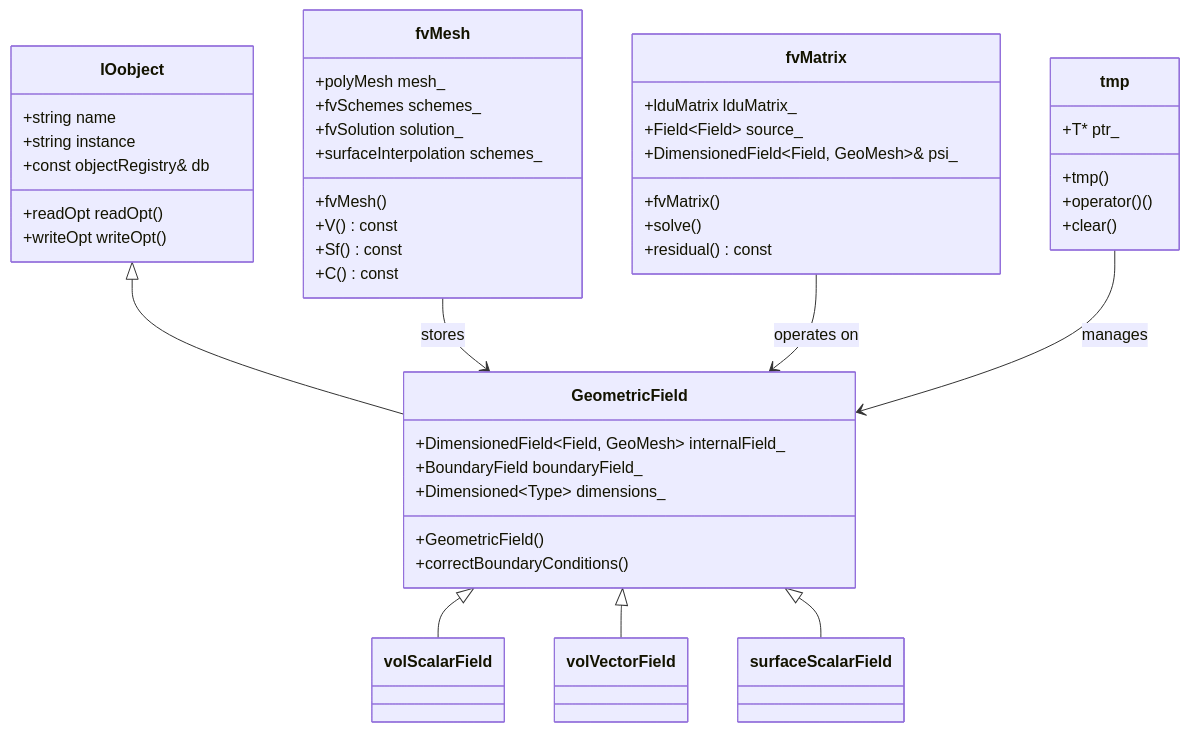
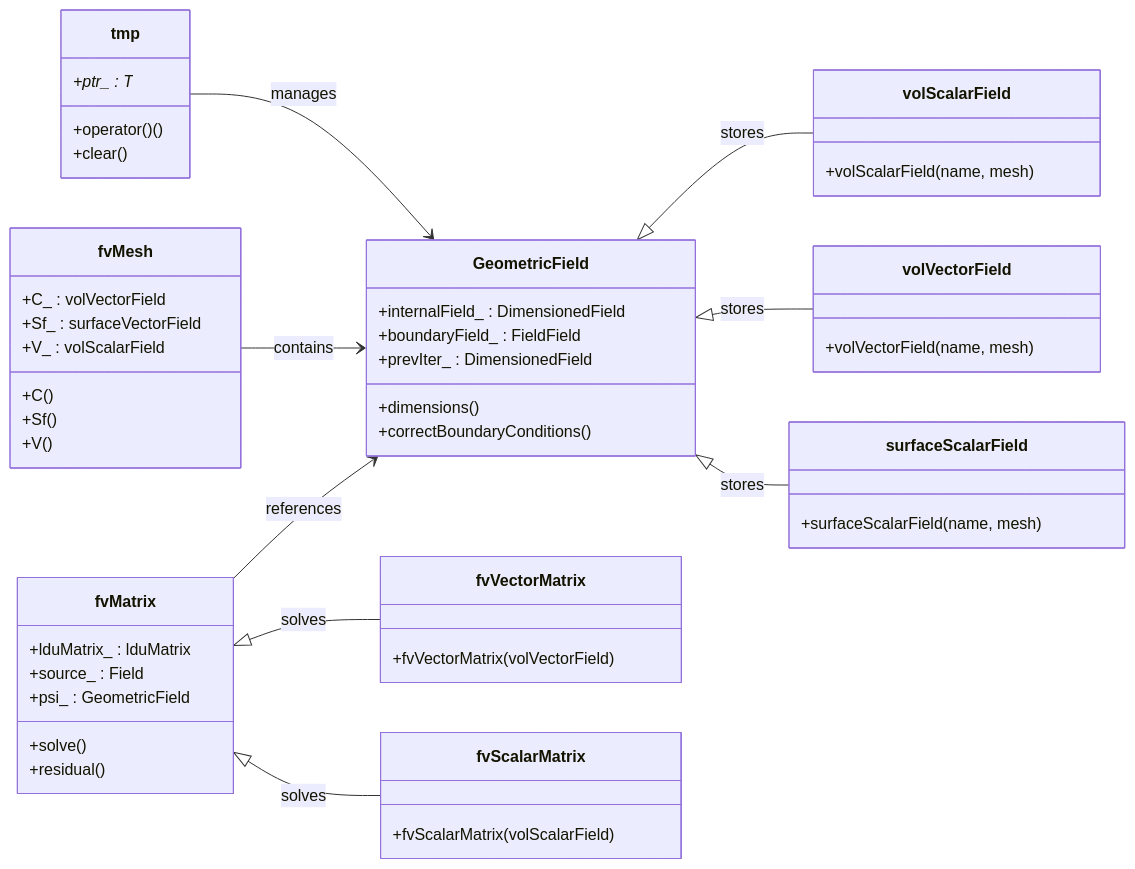
The third of 5 diagrams in daily_learning/2026-01-02.md (wramet/build-my-cfd), drawn with Mermaid before and after one commit. The commit also changed other lines of this file and 3 other files, not shown here.

Commit message:
Refine Day 1 & 2 content: Apply standardized QC (Monospace Diagrams, Engineering Thai)

````diff
--- a/daily_learning/2026-01-02.md
+++ b/daily_learning/2026-01-02.md
@@ -466,53 +421,73 @@
 ```mermaid
+%%{init: { 
+    "theme": "default", 
+    "useMaxWidth": false, 
+    "themeVariables": { 
+        "fontSize": "20px", 
+        "fontFamily": "Consolas, 'Courier New', monospace"
+    } 
+}}%%
 classDiagram
-    class IOobject {
-        +string name
-        +string instance
-        +const objectRegistry& db
-        +readOpt readOpt()
-        +writeOpt writeOpt()
-    }
-    
+    %% สั่งให้เรียงจาก ซ้ายไปขวา (ช่วยเรื่องพื้นที่แนวนอน)
+    direction LR
+
     class GeometricField {
-        +DimensionedField~Field, GeoMesh~ internalField_
-        +BoundaryField boundaryField_
-        +Dimensioned~Type~ dimensions_
-        +GeometricField()
+        +internalField_ : DimensionedField
+        +boundaryField_ : FieldField
+        +prevIter_ : DimensionedField
+        +dimensions()
         +correctBoundaryConditions()
     }
-    
-    class fvMesh {
-        +polyMesh mesh_
-        +fvSchemes schemes_
-        +fvSolution solution_
-        +surfaceInterpolation schemes_
-        +fvMesh()
-        +V() const
-        +Sf() const
-        +C() const
+
+    class volScalarField {
+        +volScalarField(name, mesh)
     }
-    
+
+    class volVectorField {
+        +volVectorField(name, mesh)
+    }
+
+    class surfaceScalarField {
+        +surfaceScalarField(name, mesh)
+    }
+
     class fvMatrix {
-        +lduMatrix lduMatrix_
-        +Field~Field~ source_
-        +DimensionedField~Field, GeoMesh~& psi_
-        +fvMatrix()
+        +lduMatrix_ : lduMatrix
+        +source_ : Field
+        +psi_ : GeometricField
         +solve()
-        +residual() const
+        +residual()
     }
-    
+
+    class fvVectorMatrix {
+        +fvVectorMatrix(volVectorField)
+    }
+
+    class fvScalarMatrix {
+        +fvScalarMatrix(volScalarField)
+    }
+
     class tmp {
-        +T* ptr_
-        +tmp()
+        +ptr_ : T*
         +operator()()
         +clear()
     }
-    
-    IOobject <|-- GeometricField
-    GeometricField <|-- volScalarField
-    GeometricField <|-- volVectorField
-    GeometricField <|-- surfaceScalarField
-    fvMesh --> GeometricField : stores
-    fvMatrix --> GeometricField : operates on
+
+    class fvMesh {
+        +C_ : volVectorField
+        +Sf_ : surfaceVectorField
+        +V_ : volScalarField
+        +C()
+        +Sf()
+        +V()
+    }
+
+    GeometricField <|-- volScalarField : stores
+    GeometricField <|-- volVectorField : stores
+    GeometricField <|-- surfaceScalarField : stores
+    fvMatrix <|-- fvVectorMatrix : solves
+    fvMatrix <|-- fvScalarMatrix : solves
     tmp --> GeometricField : manages
+    fvMesh --> GeometricField : contains
+    fvMatrix --> GeometricField : references
 ```
````
